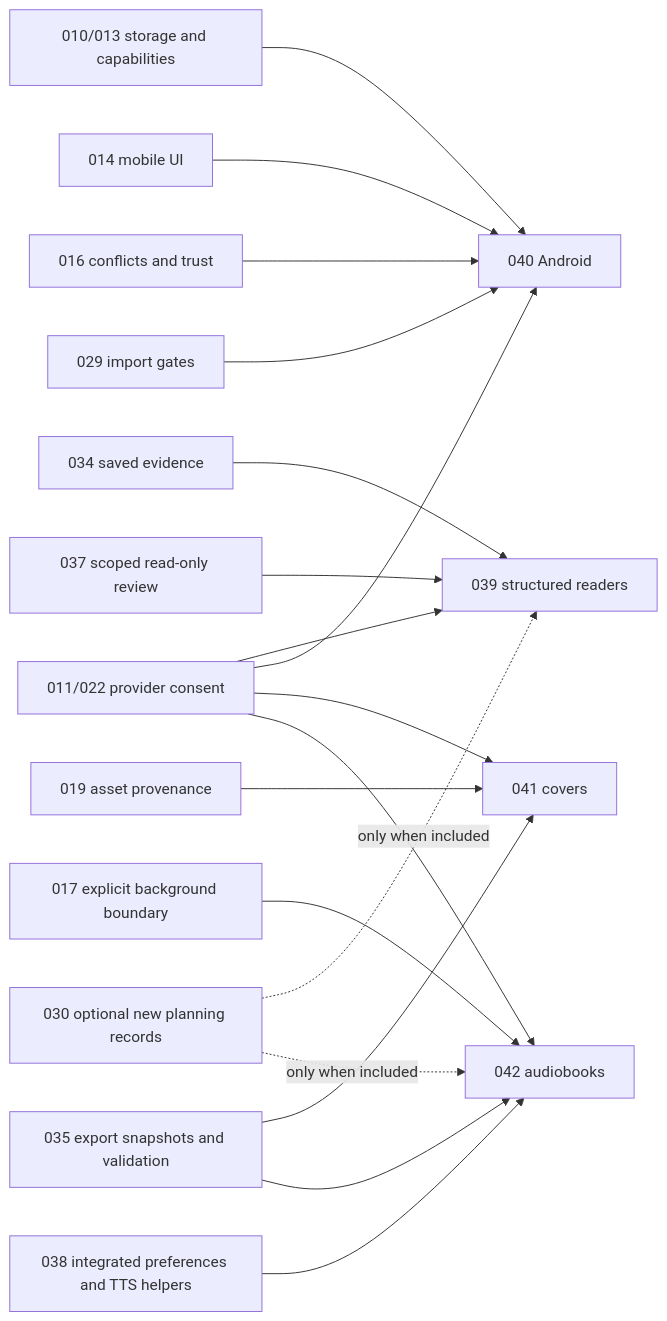
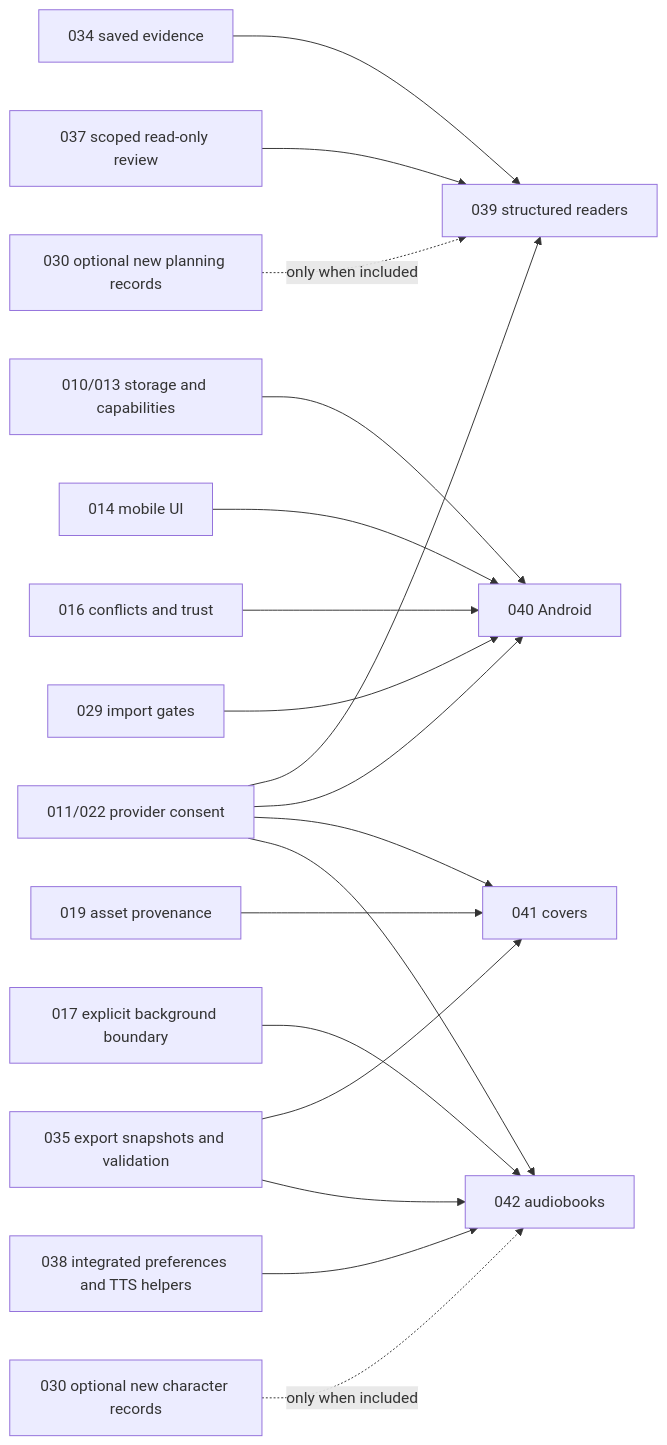
The diagram in docs/SPEC-DAG.md (JordanM575/open-ai-book-studio), drawn with Mermaid before and after one commit. The commit also changed other lines of this file and 8 other files, not shown here.

Commit message:
docs: integrate completion graph acceptance gates

````diff
--- a/docs/SPEC-DAG.md
+++ b/docs/SPEC-DAG.md
@@ -93,20 +105,20 @@
 ```mermaid
 flowchart LR
   S034[034 saved evidence] --> S039[039 structured readers]
   S037[037 scoped read-only review] --> S039
   S011[011/022 provider consent] --> S039
   S010[010/013 storage and capabilities] --> S040[040 Android]
   S014[014 mobile UI] --> S040
   S016[016 conflicts and trust] --> S040
   S029[029 import gates] --> S040
   S011 --> S040
   S019[019 asset provenance] --> S041[041 covers]
   S035[035 export snapshots and validation] --> S041
   S011 --> S041
   S017[017 explicit background boundary] --> S042[042 audiobooks]
   S038[038 integrated preferences and TTS helpers] --> S042
   S011 --> S042
   S035 --> S042
   S030[030 optional new planning records] -. only when included .-> S039
-  S030 -. only when included .-> S042
+  S030C[030 optional new character records] -. only when included .-> S042
 ```
````
